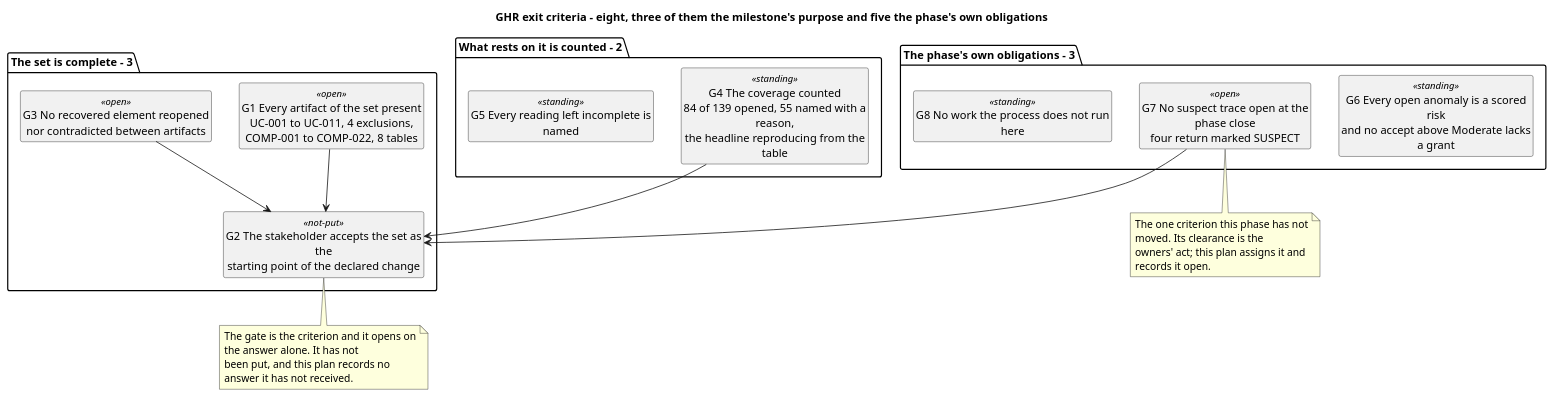
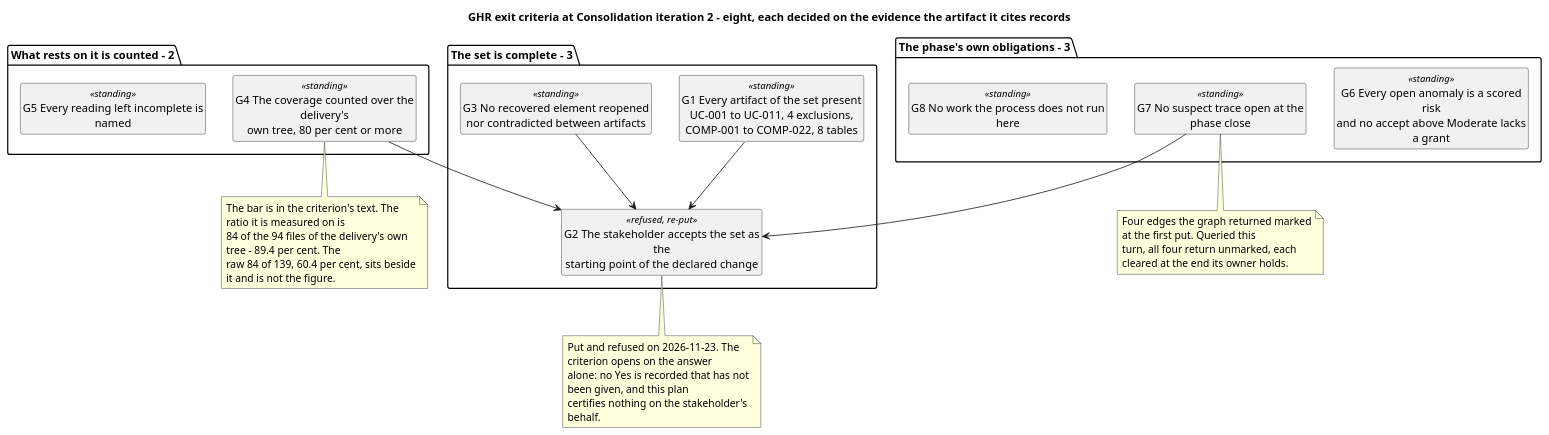
Before and after one commit to banense-test/TodoApp: the fifth of 6 diagrams in docs/artifacts/project-management/iteration-plan.md, drawn with PlantUML. The commit also changed other lines of this file, not shown here.

First line of the commit message:
Project Manager [Consolidation2]: upsert Iteration Plan

````diff
--- a/docs/artifacts/project-management/iteration-plan.md
+++ b/docs/artifacts/project-management/iteration-plan.md
@@ -330,39 +330,47 @@
 ```plantuml
 @startuml
-title GHR exit criteria - eight, three of them the milestone's purpose and five the phase's own obligations
+title GHR exit criteria at Consolidation iteration 2 - eight, each decided on the evidence the artifact it cites records
 skinparam shadowing false
+skinparam classAttributeIconSize 0
 skinparam wrapWidth 250
 hide circle
 hide empty members
 
 package "The set is complete - 3" {
-  class "G1 Every artifact of the set present\nUC-001 to UC-011, 4 exclusions,\nCOMP-001 to COMP-022, 8 tables" as G1 <<open>>
-  class "G2 The stakeholder accepts the set as the\nstarting point of the declared change" as G2 <<not-put>>
-  class "G3 No recovered element reopened\nnor contradicted between artifacts" as G3 <<open>>
+  class "G1 Every artifact of the set present\nUC-001 to UC-011, 4 exclusions,\nCOMP-001 to COMP-022, 8 tables" as G1 <<standing>>
+  class "G2 The stakeholder accepts the set as the\nstarting point of the declared change" as G2 <<refused, re-put>>
+  class "G3 No recovered element reopened\nnor contradicted between artifacts" as G3 <<standing>>
 }
 
 package "What rests on it is counted - 2" {
-  class "G4 The coverage counted\n84 of 139 opened, 55 named with a reason,\nthe headline reproducing from the table" as G4 <<standing>>
+  class "G4 The coverage counted over the delivery's\nown tree, 80 per cent or more" as G4 <<standing>>
   class "G5 Every reading left incomplete is named" as G5 <<standing>>
 }
 
 package "The phase's own obligations - 3" {
   class "G6 Every open anomaly is a scored risk\nand no accept above Moderate lacks a grant" as G6 <<standing>>
-  class "G7 No suspect trace open at the phase close\nfour return marked SUSPECT" as G7 <<open>>
+  class "G7 No suspect trace open at the phase close" as G7 <<standing>>
   class "G8 No work the process does not run here" as G8 <<standing>>
 }
 
 G1 --> G2
 G3 --> G2
 G4 --> G2
 G7 --> G2
+
 note bottom of G2
-  The gate is the criterion and it opens on the answer alone. It has not
-  been put, and this plan records no answer it has not received.
+  Put and refused on 2026-11-23. The criterion opens on the answer
+  alone: no Yes is recorded that has not been given, and this plan
+  certifies nothing on the stakeholder's behalf.
+end note
+note bottom of G4
+  The bar is in the criterion's text. The ratio it is measured on is
+  84 of the 94 files of the delivery's own tree - 89.4 per cent. The
+  raw 84 of 139, 60.4 per cent, sits beside it and is not the figure.
 end note
 note bottom of G7
-  The one criterion this phase has not moved. Its clearance is the
-  owners' act; this plan assigns it and records it open.
+  Four edges the graph returned marked at the first put. Queried this
+  turn, all four return unmarked, each cleared at the end its owner holds.
 end note
 @enduml
 ```
````
